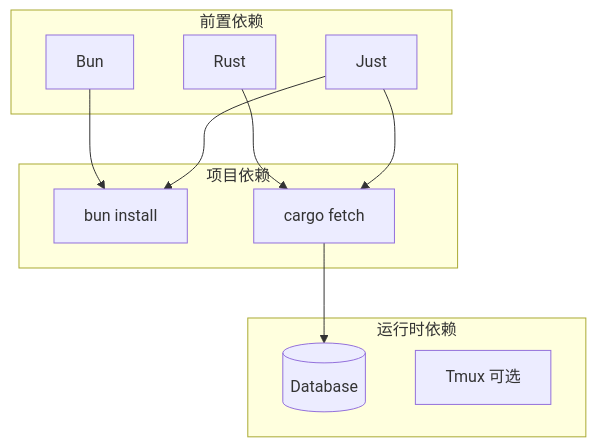
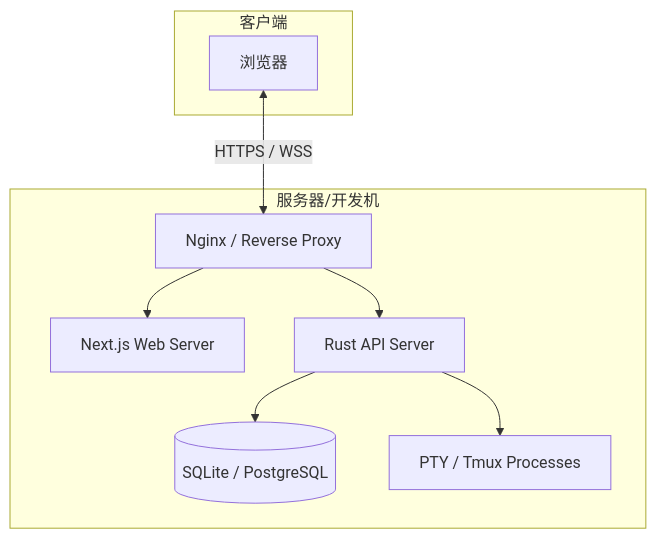
The diagram in .atmos/wiki/getting-started/installation.md (AruNi-01/atmos), drawn with Mermaid before and after one commit. The commit also changed other lines of this file and 49 other files, not shown here.

````diff
--- a/.atmos/wiki/getting-started/installation.md
+++ b/.atmos/wiki/getting-started/installation.md
@@ -25,24 +115,15 @@
 ```mermaid
-flowchart TB
-    subgraph 前置依赖
-        Bun[Bun]
-        Rust[Rust]
-        Just[Just]
+graph TD
+    subgraph Client_Side [客户端]
+        Browser[浏览器]
     end
-
-    subgraph 项目依赖
-        FE[bun install]
-        BE[cargo fetch]
+    
+    subgraph Server_Side [服务器/开发机]
+        Proxy[Nginx / Reverse Proxy] --> Web[Next.js Web Server]
+        Proxy --> API[Rust API Server]
+        API --> DB[(SQLite / PostgreSQL)]
+        API --> PTY[PTY / Tmux Processes]
     end
-
-    subgraph 运行时依赖
-        DB[(Database)]
-        Tmux[Tmux 可选]
-    end
-
-    Bun --> FE
-    Rust --> BE
-    Just --> FE
-    Just --> BE
-    BE --> DB
+    
+    Browser <-->|HTTPS / WSS| Proxy
 ```
````
